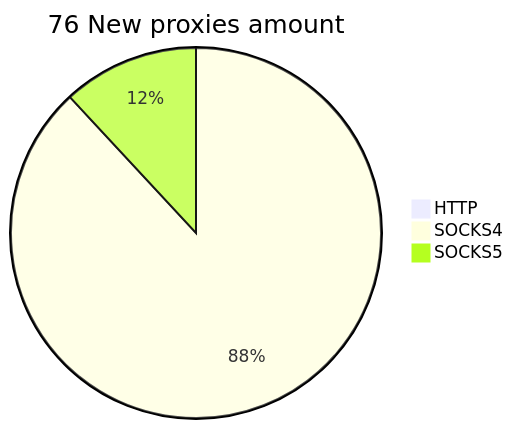
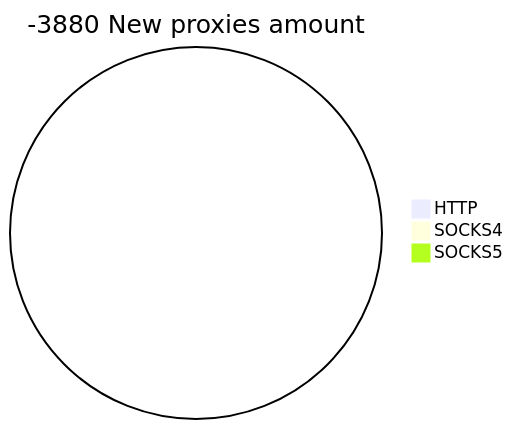
Before and after one commit to cutipu/proxylist: the second of 2 diagrams in README.md, drawn with Mermaid. The commit also changed other lines of this file, not shown here.

````diff
--- a/README.md
+++ b/README.md
@@ -10,6 +10,6 @@
 ```mermaid
-pie title 76 New proxies amount
+pie title -3880 New proxies amount
     "HTTP" : 0
-    "SOCKS4" : 74
-    "SOCKS5" : 10
+    "SOCKS4" : 0
+    "SOCKS5" : 0
 ```
````
